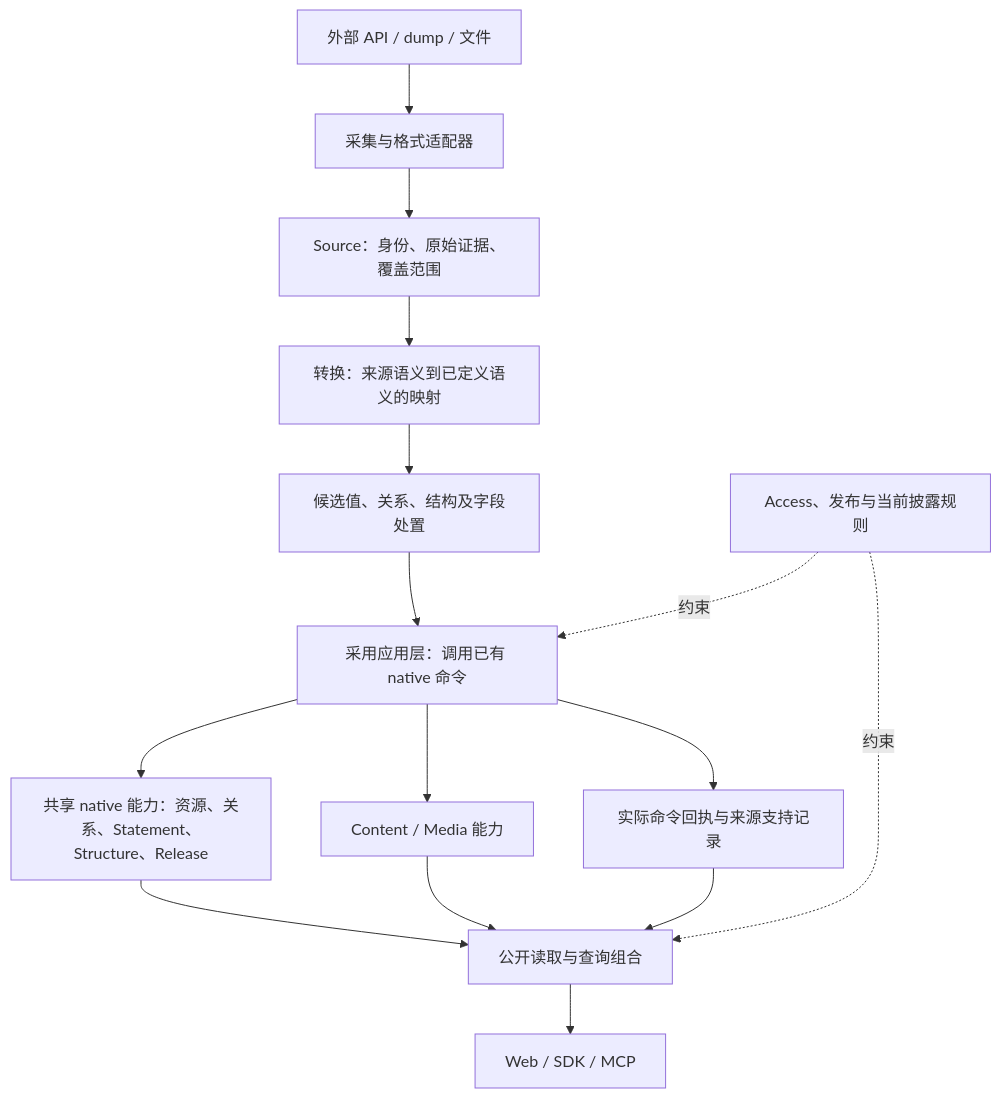
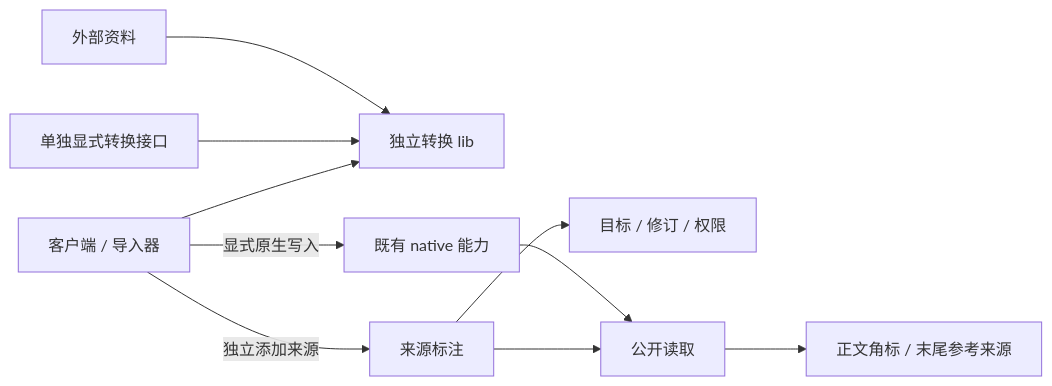
One commit to rezics/rezics-next changed the diagram in docs/architecture/audit-module-design-review-20261019.md. Above: the diagram before and after it, drawn with Mermaid. The commit also changed other lines of this file and 3 other files, not shown here.

````diff
--- a/docs/architecture/audit-module-design-review-20261019.md
+++ b/docs/architecture/audit-module-design-review-20261019.md
@@ -17,17 +17,12 @@
 ```mermaid
-flowchart TD
-    E[外部 API / dump / 文件] --> A[采集与格式适配器]
-    A --> S[Source：身份、原始证据、覆盖范围]
-    S --> M[转换：来源语义到已定义语义的映射]
-    M --> P[候选值、关系、结构及字段处置]
-    P --> O[采用应用层：调用已有 native 命令]
-    O --> N[共享 native 能力：资源、关系、Statement、Structure、Release]
-    O --> X[Content / Media 能力]
-    N --> R[公开读取与查询组合]
-    X --> R
-    R --> U[Web / SDK / MCP]
-    O --> K[实际命令回执与来源支持记录]
-    K --> R
-    Q[Access、发布与当前披露规则] -.约束.-> O
-    Q -.约束.-> R
+flowchart LR
+    E[外部资料] --> L[独立转换 lib]
+    F[单独显式转换接口] --> L
+    C[客户端 / 导入器] --> L
+    C -->|显式原生写入| N[既有 native 能力]
+    C -->|独立添加来源| A[来源标注]
+    A --> T[目标 / 修订 / 权限]
+    N --> R[公开读取]
+    A --> R
+    R --> V[正文角标 / 末尾参考来源]
 ```
````
